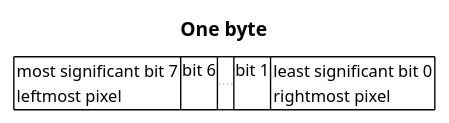
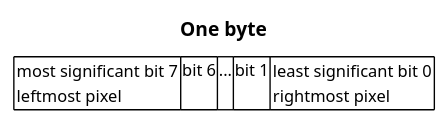
Before and after one commit to jnweiger/led-name-badge-ls32: the first of 3 diagrams in photos/bitmap_data_descr.puml, drawn with PlantUML. The commit also changed other lines of this file and 2 other files, not shown here.

```diff
--- a/photos/bitmap_data_descr.puml
+++ b/photos/bitmap_data_descr.puml
@@ -1,9 +3,9 @@
 @startuml bitmap_data_onebyte
 salt
 title One byte
 {#
  { most significant bit 7
- leftmost pixel } | bit 6 | ... | bit 1 | { least significant bit 0
+ leftmost pixel } | bit 6 | <U+002E>.. | bit 1 | { least significant bit 0
  rightmost pixel }
 }
 @enduml
```
